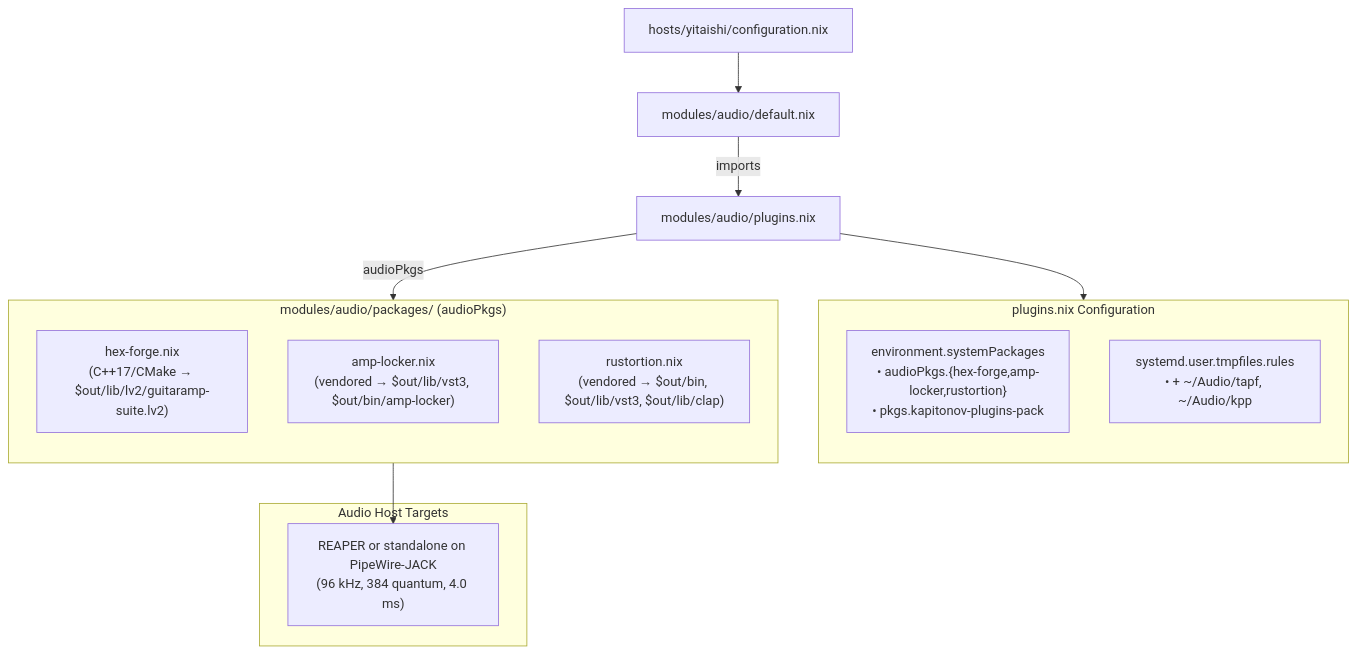
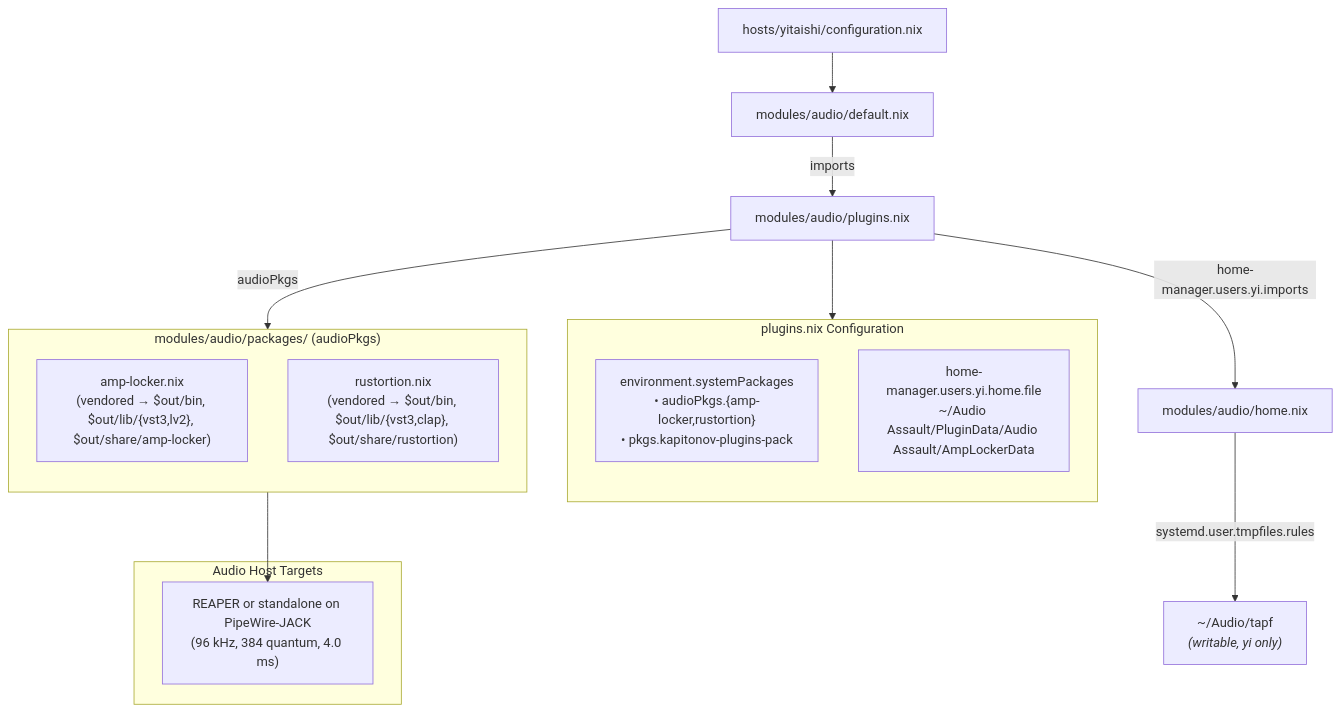
One commit to categoricalcat/nixos changed the diagram in docs/src/plans/guitar-rig-plugins-plan.md. Above: the diagram before and after it, drawn with Mermaid. The commit also changed other lines of this file and 12 other files, not shown here.

````diff
--- a/docs/src/plans/guitar-rig-plugins-plan.md
+++ b/docs/src/plans/guitar-rig-plugins-plan.md
@@ -67,32 +71,34 @@
 ```mermaid
 flowchart TD
     HOST["hosts/yitaishi/configuration.nix"]
     DEF["modules/audio/default.nix"]
     PLUG["modules/audio/plugins.nix"]
+    HOME["modules/audio/home.nix"]
 
     HOST --> DEF
     DEF -->|imports| PLUG
+    PLUG -->|home-manager.users.yi.imports| HOME
+    HOME -->|systemd.user.tmpfiles.rules| TAPF["~/Audio/tapf<br/><i>(writable, yi only)</i>"]
 
     subgraph PluginsConfig["plugins.nix Configuration"]
         direction TB
-        PKGS["environment.systemPackages<br/>• audioPkgs.{hex-forge,amp-locker,rustortion}<br/>• pkgs.kapitonov-plugins-pack"]
-        TMP["systemd.user.tmpfiles.rules<br/>• + ~/Audio/tapf, ~/Audio/kpp"]
+        PKGS["environment.systemPackages<br/>• audioPkgs.{amp-locker,rustortion}<br/>• pkgs.kapitonov-plugins-pack"]
+        ALD["home-manager.users.yi.home.file<br/>~/Audio Assault/PluginData/Audio Assault/AmpLockerData"]
     end
 
     PLUG --> PluginsConfig
 
     subgraph AudioPackages["modules/audio/packages/ (audioPkgs)"]
         direction TB
-        HEX["hex-forge.nix<br/>(C++17/CMake → $out/lib/lv2/guitaramp-suite.lv2)"]
-        AMP["amp-locker.nix<br/>(vendored → $out/lib/vst3, $out/bin/amp-locker)"]
-        RUST["rustortion.nix<br/>(vendored → $out/bin, $out/lib/vst3, $out/lib/clap)"]
+        AMP["amp-locker.nix<br/>(vendored → $out/bin, $out/lib/{vst3,lv2}, $out/share/amp-locker)"]
+        RUST["rustortion.nix<br/>(vendored → $out/bin, $out/lib/{vst3,clap}, $out/share/rustortion)"]
     end
 
     PLUG -->|audioPkgs| AudioPackages
 
     subgraph HostApp["Audio Host Targets"]
         REAPER["REAPER or standalone on PipeWire-JACK<br/>(96 kHz, 384 quantum, 4.0 ms)"]
     end
 
     AudioPackages --> REAPER
 ```
````
